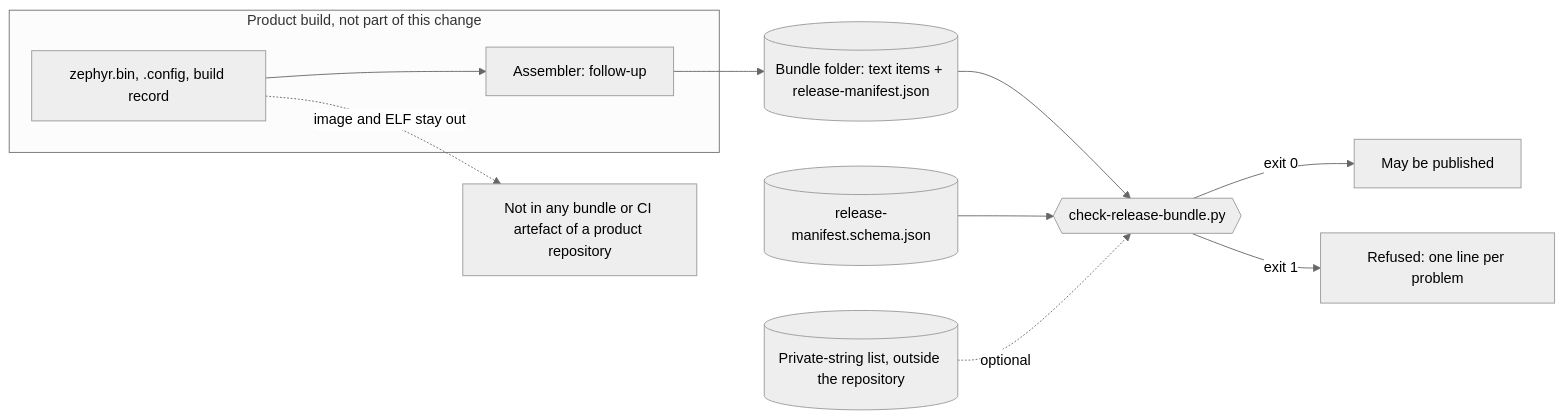
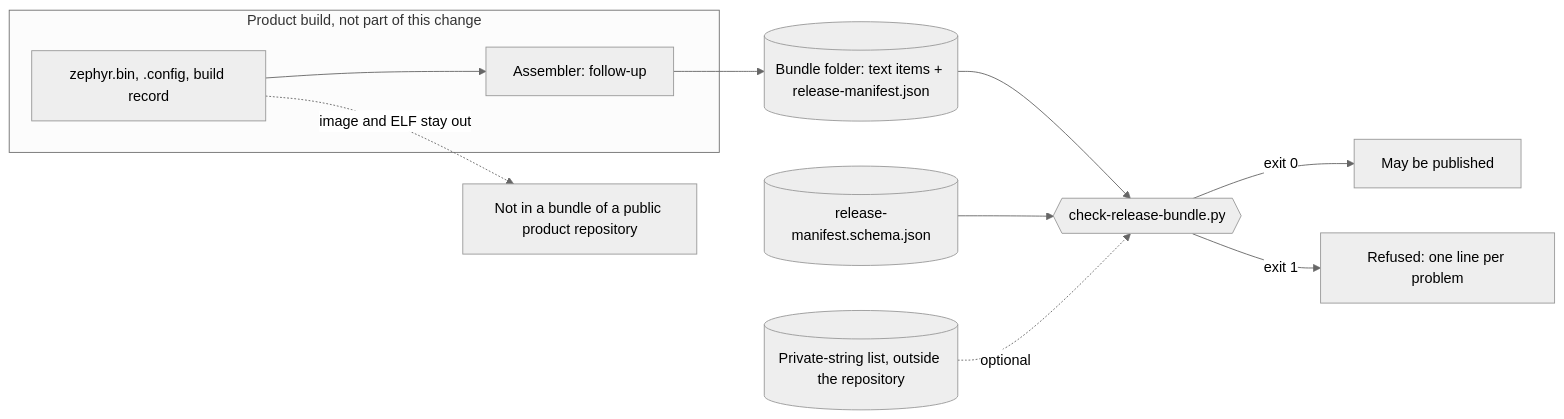
One commit to wonny-labs/crux-pilot changed the diagram in docs/release-bundle-checker.md. Above: the diagram before and after it, drawn with Mermaid (neutral theme). The commit also changed other lines of this file and 3 other files, not shown here.

First line of the commit message:
fix: tighten the release bundle schema check after review

````diff
--- a/docs/release-bundle-checker.md
+++ b/docs/release-bundle-checker.md
@@ -29,13 +29,13 @@
 ```mermaid
 flowchart LR
     subgraph build[Product build, not part of this change]
         B[zephyr.bin, .config, build record] --> A[Assembler: follow-up]
     end
     A --> D[(Bundle folder: text items + release-manifest.json)]
     D --> C{{check-release-bundle.py}}
     S[(release-manifest.schema.json)] --> C
     P[(Private-string list, outside the repository)] -.optional.-> C
     C -->|exit 0| O[May be published]
     C -->|exit 1| R[Refused: one line per problem]
-    B -. image and ELF stay out .-> X[Not in any bundle or CI artefact of a product repository]
+    B -. image and ELF stay out .-> X[Not in a bundle of a public product repository]
 ```
````
